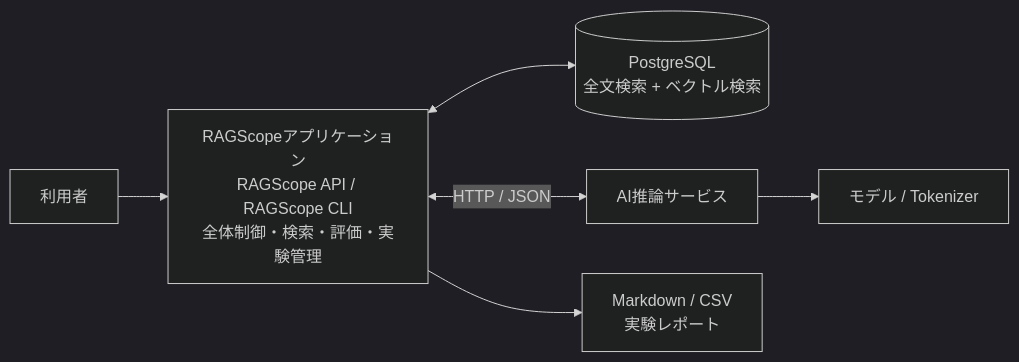
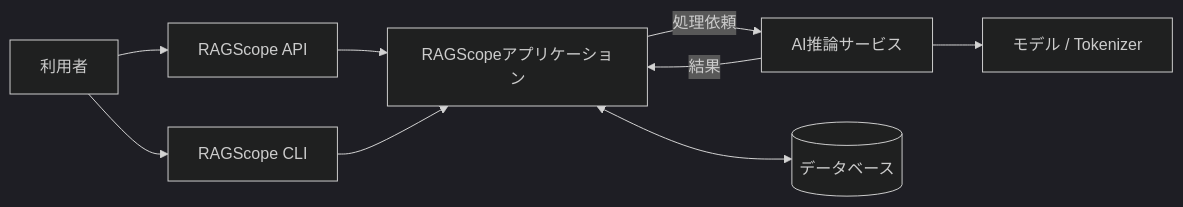
One commit to takashit16833/RAGScope changed the first of 5 diagrams in project-docs/design/システムアーキテクチャ.md. Above: the diagram before and after it, drawn with Mermaid (dark theme). The commit also changed other lines of this file and 4 other files, not shown here.

````diff
--- a/project-docs/design/システムアーキテクチャ.md
+++ b/project-docs/design/システムアーキテクチャ.md
@@ -61,10 +21,20 @@
 ```mermaid
 flowchart LR
-    User["利用者"] --> Application["RAGScopeアプリケーション<br>RAGScope API / RAGScope CLI<br>全体制御・検索・評価・実験管理"]
+    User["利用者"]
+    API["RAGScope API"]
+    CLI["RAGScope CLI"]
+    Application["RAGScopeアプリケーション"]
+    AI["AI推論サービス"]
+    DB[("データベース")]
+    Models["モデル / Tokenizer"]
 
-    Application <--> DB[("PostgreSQL<br>全文検索 + ベクトル検索")]
-    Application <-->|HTTP / JSON| AI["AI推論サービス"]
+    User --> API
+    User --> CLI
+    API --> Application
+    CLI --> Application
 
-    AI --> Models["モデル / Tokenizer"]
-    Application --> Report["Markdown / CSV<br>実験レポート"]
+    Application <--> DB
+    Application -->|"処理依頼"| AI
+    AI -->|"結果"| Application
+    AI --> Models
 ```
````
